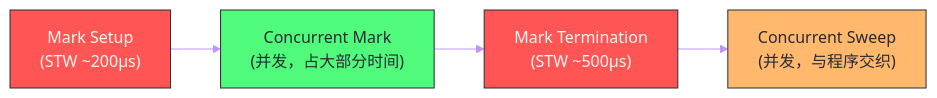
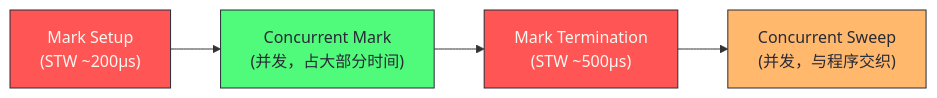
The diagram in content/Golang/Go语言核心/09 垃圾回收——三色标记与混合写屏障.md (hpliStartAgain/my-brain), drawn with Mermaid before and after one commit. The commit also changed other lines of this file and 30 other files, not shown here.

````diff
--- a/content/Golang/Go语言核心/09 垃圾回收——三色标记与混合写屏障.md
+++ b/content/Golang/Go语言核心/09 垃圾回收——三色标记与混合写屏障.md
@@ -146,14 +176,14 @@
 ```mermaid
-%%{init: {'theme': 'base', 'themeVariables': {'primaryColor': '#6272a4', 'primaryTextColor': '#f8f8f2', 'primaryBorderColor': '#44475a', 'lineColor': '#bd93f9', 'secondaryColor': '#282a36', 'background': '#282a36'}}}%%
+%%{init: {'theme': 'dracula'}}%%
 graph LR
     classDef stw fill:#ff5555,stroke:#282a36,color:#f8f8f2
     classDef conc fill:#50fa7b,stroke:#282a36,color:#282a36
     classDef sweep fill:#ffb86c,stroke:#282a36,color:#282a36
 
     A["Mark Setup</br>(STW ~200μs)"]:::stw
     B["Concurrent Mark</br>(并发，占大部分时间)"]:::conc
     C["Mark Termination</br>(STW ~500μs)"]:::stw
     D["Concurrent Sweep</br>(并发，与程序交织)"]:::sweep
 
     A --> B --> C --> D
 ```
````
